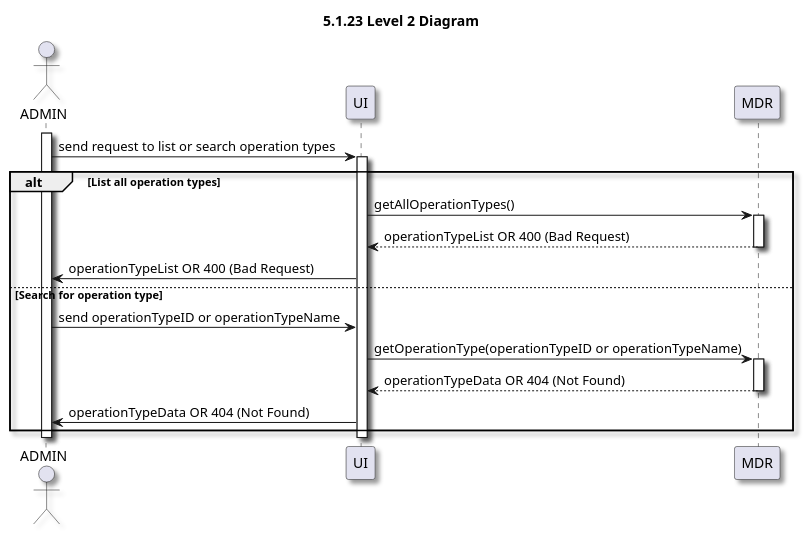
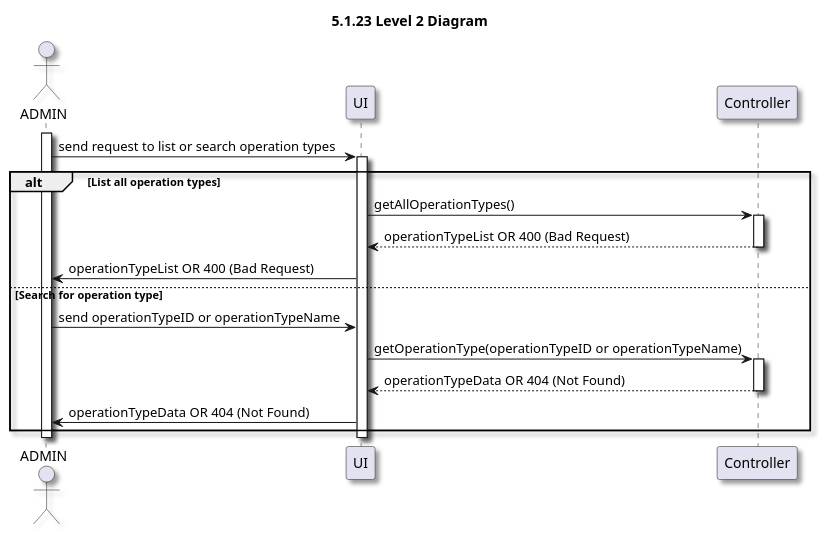
The diagram in docs/sprint_A/us_5.1.23/level_2/puml/level_2.puml (vscosousa/LAPR5_3DC_G15), drawn with PlantUML before and after one commit. The commit also changed 16 other files, not shown here.

```diff
--- a/docs/sprint_A/us_5.1.23/level_2/puml/level_2.puml
+++ b/docs/sprint_A/us_5.1.23/level_2/puml/level_2.puml
@@ -1,34 +1,34 @@
 @startuml level_2
 'https://plantuml.com/sequence-diagram
 skinparam handwritten false
 skinparam monochrome false
 skinparam packageStyle rect
 skinparam shadowing true
 
 title 5.1.23 Level 2 Diagram
 
 actor ADMIN as AD
 activate AD
 AD -> UI: send request to list or search operation types
 activate UI
 
 alt List all operation types
-    UI -> MDR: getAllOperationTypes()
-    activate MDR
-    MDR --> UI: operationTypeList OR 400 (Bad Request)
-    deactivate MDR
+    UI -> Controller: getAllOperationTypes()
+    activate Controller
+    Controller --> UI: operationTypeList OR 400 (Bad Request)
+    deactivate Controller
     UI -> AD: operationTypeList OR 400 (Bad Request)
 
 else Search for operation type
     AD -> UI: send operationTypeID or operationTypeName
-    UI -> MDR: getOperationType(operationTypeID or operationTypeName)
-    activate MDR
-    MDR --> UI: operationTypeData OR 404 (Not Found)
-    deactivate MDR
+    UI -> Controller: getOperationType(operationTypeID or operationTypeName)
+    activate Controller
+    Controller --> UI: operationTypeData OR 404 (Not Found)
+    deactivate Controller
     UI -> AD: operationTypeData OR 404 (Not Found)
 end
 
 deactivate UI
 deactivate AD
 
 @enduml
```
